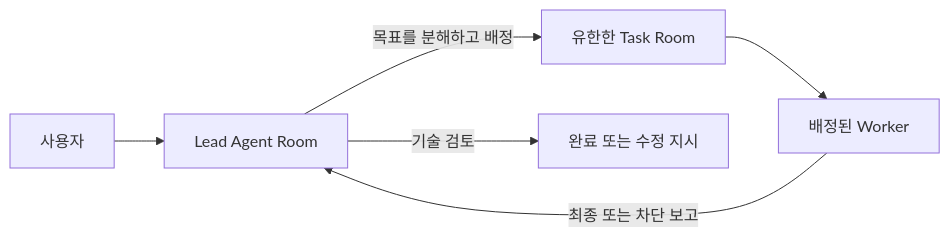
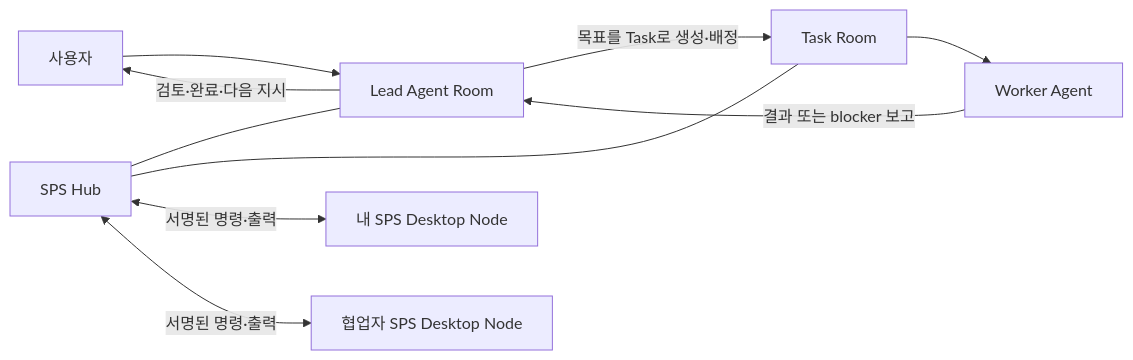
Before and after one commit to Powerpunch777/SPS-Source: the diagram in sps-server/97-current-server-user-guide-ko.md, drawn with Mermaid. The commit also changed other lines of this file and 1 other file, not shown here.

Commit message:
test: cover SPS desktop command integration

````diff
--- a/sps-server/97-current-server-user-guide-ko.md
+++ b/sps-server/97-current-server-user-guide-ko.md
@@ -15,8 +11,13 @@
 ```mermaid
 flowchart LR
-  U[사용자] --> R[Lead Agent Room]
-  R -->|목표를 분해하고 배정| T[유한한 Task Room]
-  T --> W[배정된 Worker]
-  W -->|최종 또는 차단 보고| R
-  R -->|기술 검토| D[완료 또는 수정 지시]
+  User[사용자] --> Lead[Lead Agent Room]
+  Lead -->|목표를 Task로 생성·배정| Task[Task Room]
+  Task --> Worker[Worker Agent]
+  Worker -->|결과 또는 blocker 보고| Lead
+  Lead -->|검토·완료·다음 지시| User
+
+  Hub[SPS Hub] --- Lead
+  Hub --- Task
+  Hub <-->|서명된 명령·출력| NodeA[내 SPS Desktop Node]
+  Hub <-->|서명된 명령·출력| NodeB[협업자 SPS Desktop Node]
 ```
````
